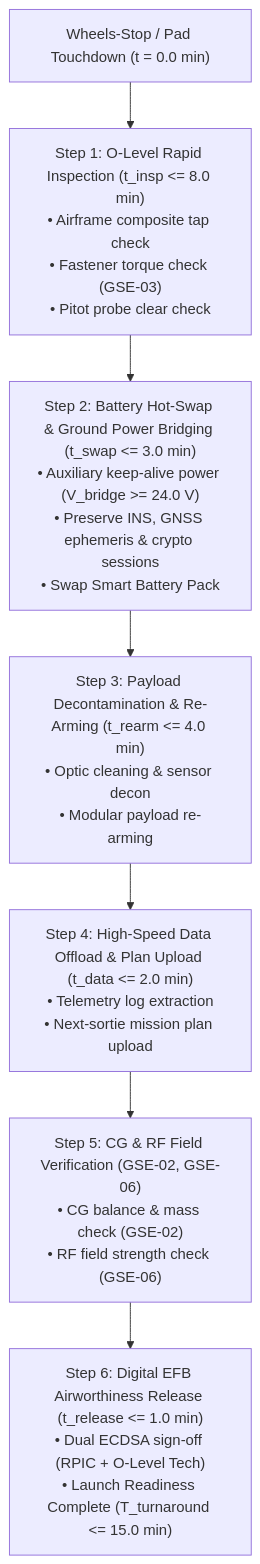
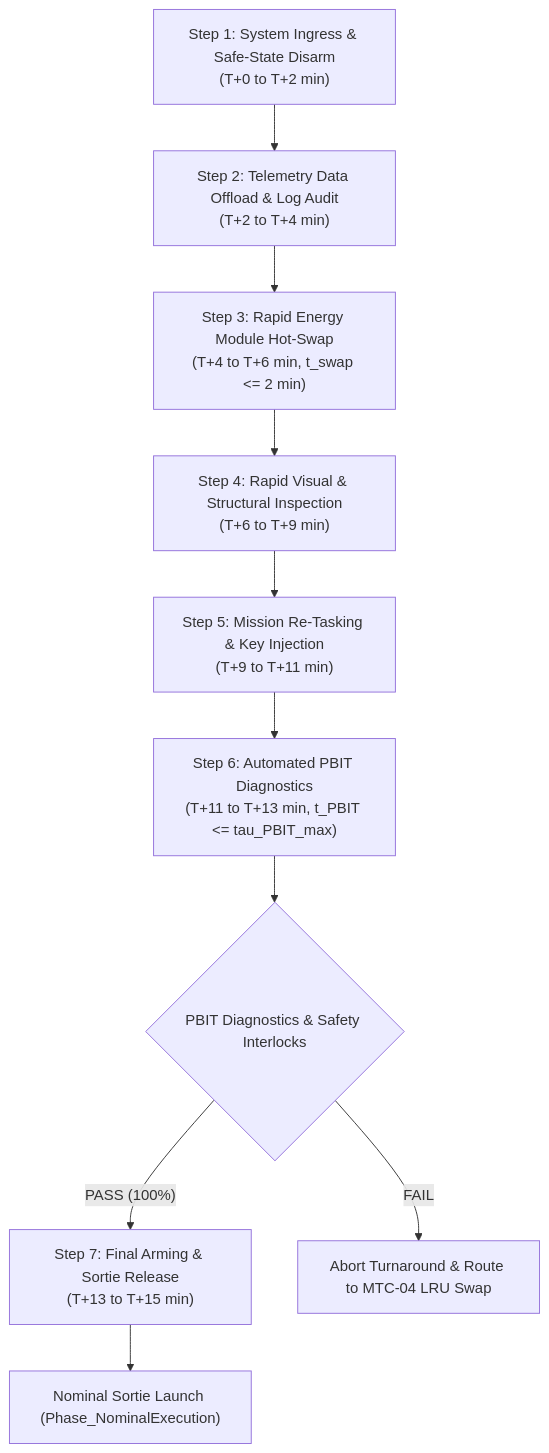
The diagram in docs/conops/units/conops/10_MAINTENANCE_AND_GSE_SUPPORT.md (gintatkinson/uav-13), drawn with Mermaid before and after one commit. The commit also changed other lines of this file and 37 other files, not shown here.

````diff
--- a/docs/conops/units/conops/10_MAINTENANCE_AND_GSE_SUPPORT.md
+++ b/docs/conops/units/conops/10_MAINTENANCE_AND_GSE_SUPPORT.md
@@ -62,9 +60,12 @@
 ```mermaid
 flowchart TD
-    A["Wheels-Stop / Pad Touchdown (t = 0.0 min)"] --> B["Step 1: O-Level Rapid Inspection (t_insp <= 8.0 min)<br/>• Airframe composite tap check<br/>• Fastener torque check (GSE-03)<br/>• Pitot probe clear check"]
-    B --> C["Step 2: Battery Hot-Swap & Ground Power Bridging (t_swap <= 3.0 min)<br/>• Auxiliary keep-alive power (V_bridge >= 24.0 V)<br/>• Preserve INS, GNSS ephemeris & crypto sessions<br/>• Swap Smart Battery Pack"]
-    C --> D["Step 3: Payload Decontamination & Re-Arming (t_rearm <= 4.0 min)<br/>• Optic cleaning & sensor decon<br/>• Modular payload re-arming"]
-    D --> E["Step 4: High-Speed Data Offload & Plan Upload (t_data <= 2.0 min)<br/>• Telemetry log extraction<br/>• Next-sortie mission plan upload"]
-    E --> F["Step 5: CG & RF Field Verification (GSE-02, GSE-06)<br/>• CG balance & mass check (GSE-02)<br/>• RF field strength check (GSE-06)"]
-    F --> G["Step 6: Digital EFB Airworthiness Release (t_release <= 1.0 min)<br/>• Dual ECDSA sign-off (RPIC + O-Level Tech)<br/>• Launch Readiness Complete (T_turnaround <= 15.0 min)"]
+    Step1["Step 1: System Ingress & Safe-State Disarm<br/>(T+0 to T+2 min)"] --> Step2["Step 2: Telemetry Data Offload & Log Audit<br/>(T+2 to T+4 min)"]
+    Step2 --> Step3["Step 3: Rapid Energy Module Hot-Swap<br/>(T+4 to T+6 min, t_swap <= 2 min)"]
+    Step3 --> Step4["Step 4: Rapid Visual & Structural Inspection<br/>(T+6 to T+9 min)"]
+    Step4 --> Step5["Step 5: Mission Re-Tasking & Key Injection<br/>(T+9 to T+11 min)"]
+    Step5 --> Step6["Step 6: Automated PBIT Diagnostics<br/>(T+11 to T+13 min, t_PBIT <= tau_PBIT_max)"]
+    Step6 --> GateCheck{"PBIT Diagnostics & Safety Interlocks"}
+    GateCheck -- "PASS (100%)" --> Step7["Step 7: Final Arming & Sortie Release<br/>(T+13 to T+15 min)"]
+    GateCheck -- "FAIL" --> AbortMTC04["Abort Turnaround & Route to MTC-04 LRU Swap"]
+    Step7 --> SortieLaunch["Nominal Sortie Launch (Phase_NominalExecution)"]
 ```
````
